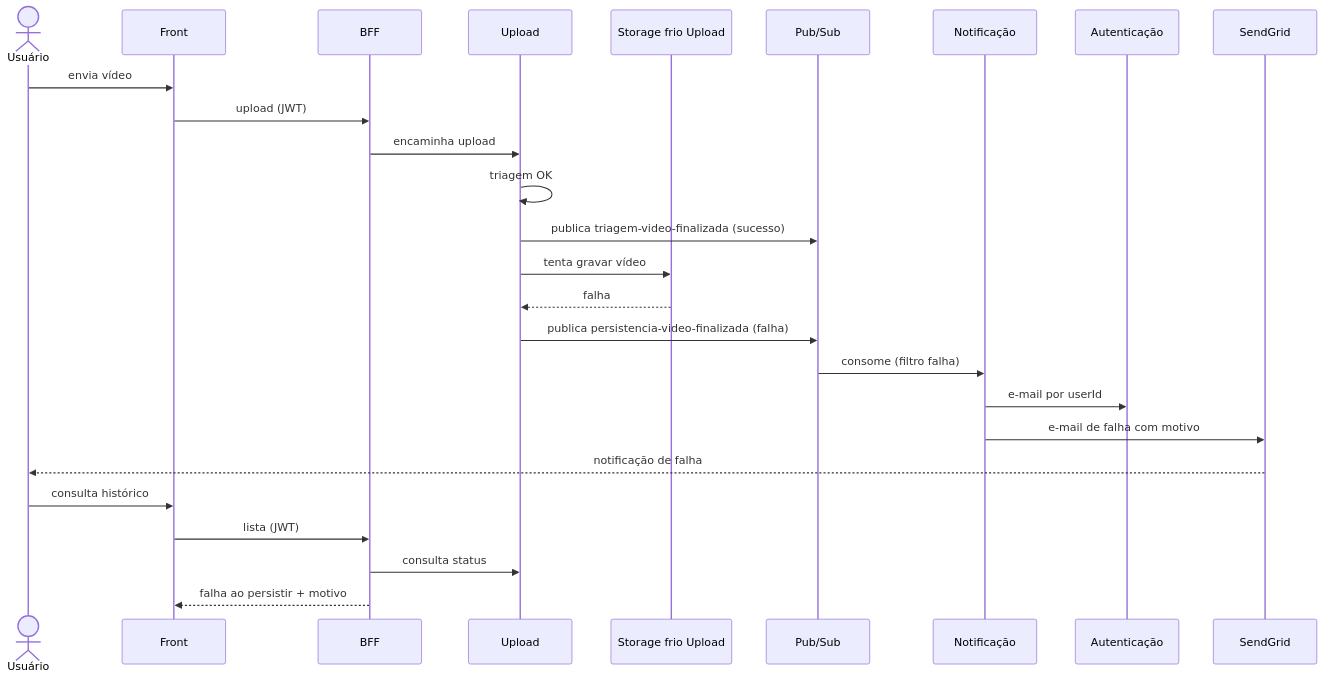
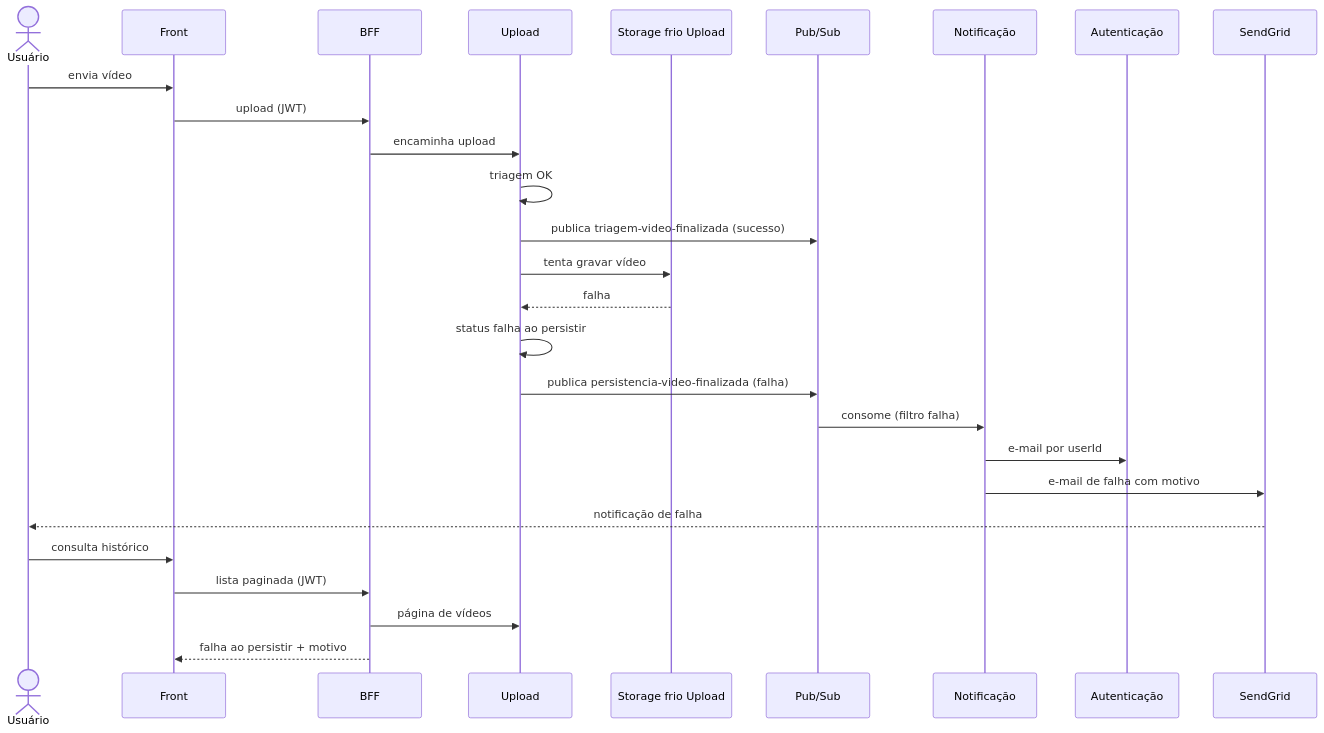
Before and after one commit to fiap-x-vcosta/docs: the diagram in fluxo-e-estados/04_falha-ao-persistir.md, drawn with Mermaid. The commit also changed 26 other files, not shown here.

````diff
--- a/fluxo-e-estados/04_falha-ao-persistir.md
+++ b/fluxo-e-estados/04_falha-ao-persistir.md
@@ -1,29 +1,30 @@
 ```mermaid
 sequenceDiagram
   actor U as Usuário
   participant Web as Front
   participant BFF as BFF
   participant Up as Upload
   participant FrioUp as Storage frio Upload
   participant Bus as Pub/Sub
   participant Notif as Notificação
   participant Auth as Autenticação
   participant SG as SendGrid
 
   U->>Web: envia vídeo
   Web->>BFF: upload (JWT)
   BFF->>Up: encaminha upload
   Up->>Up: triagem OK
   Up->>Bus: publica triagem-video-finalizada (sucesso)
   Up->>FrioUp: tenta gravar vídeo
   FrioUp-->>Up: falha
+  Up->>Up: status falha ao persistir
   Up->>Bus: publica persistencia-video-finalizada (falha)
   Bus->>Notif: consome (filtro falha)
   Notif->>Auth: e-mail por userId
   Notif->>SG: e-mail de falha com motivo
   SG-->>U: notificação de falha
   U->>Web: consulta histórico
-  Web->>BFF: lista (JWT)
-  BFF->>Up: consulta status
+  Web->>BFF: lista paginada (JWT)
+  BFF->>Up: página de vídeos
   BFF-->>Web: falha ao persistir + motivo
 ```
````
